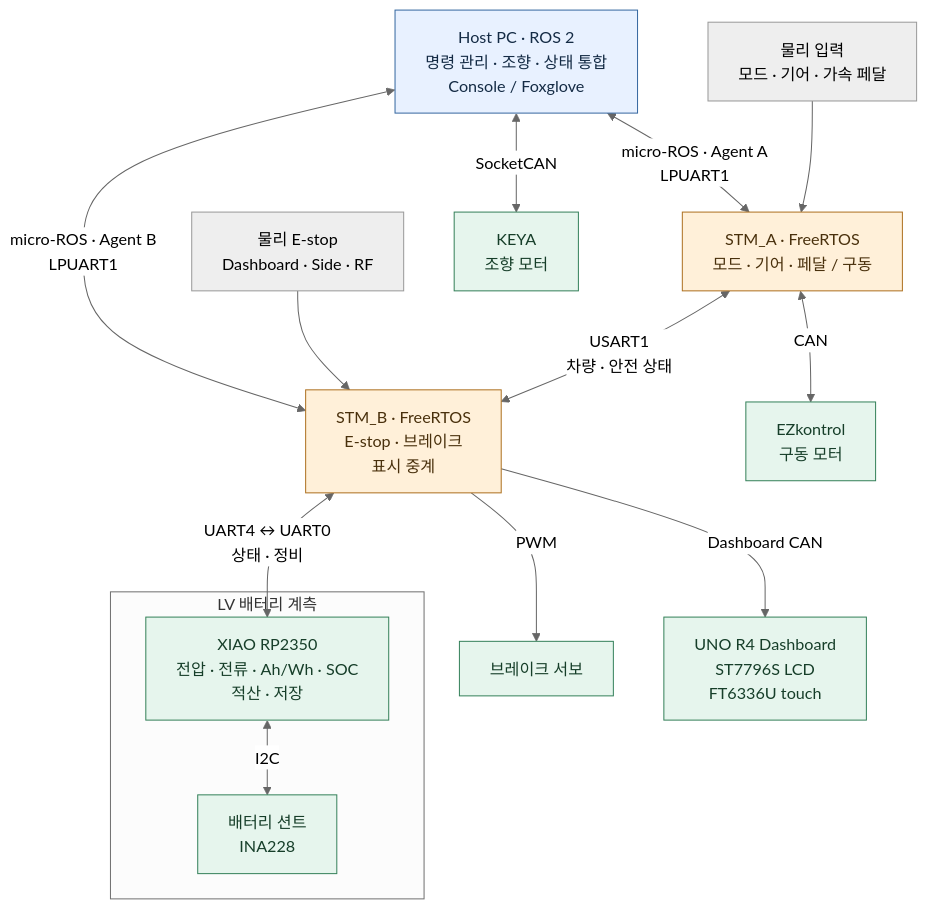
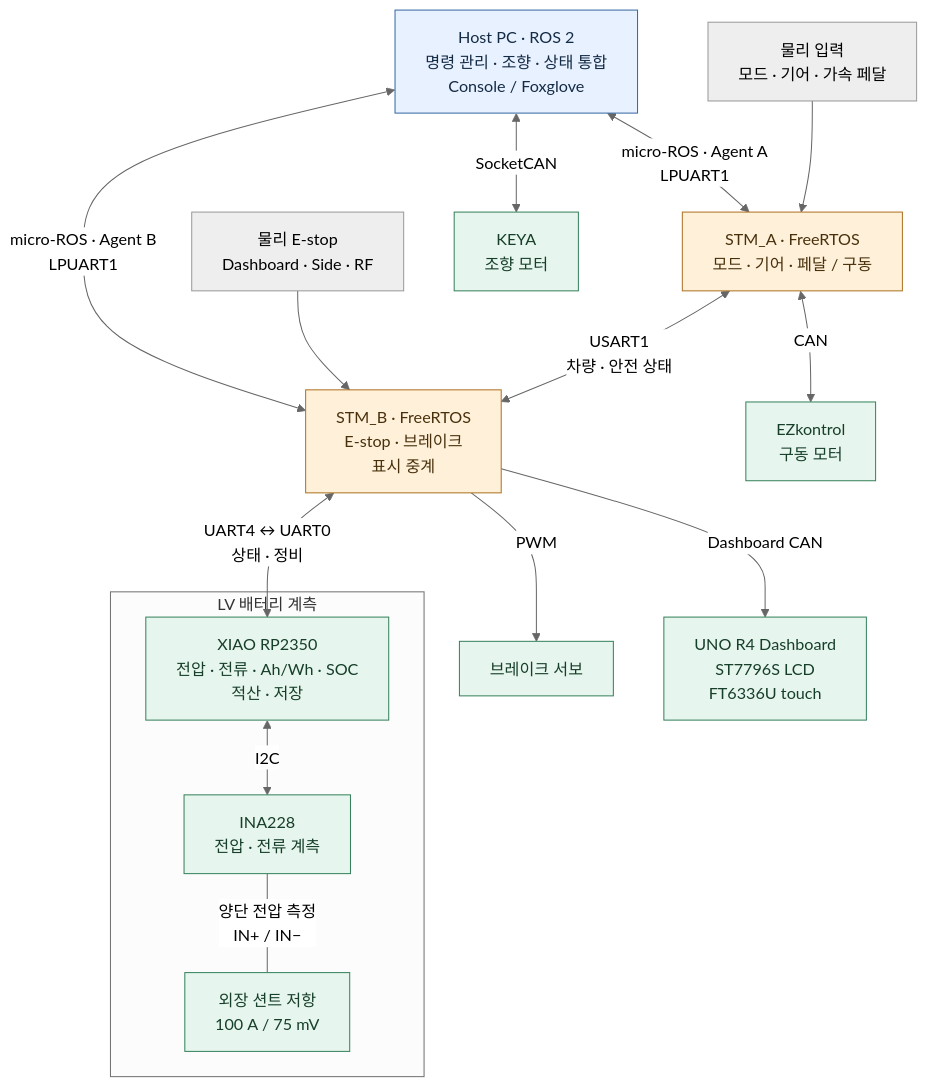
One commit to shinjuyeop/Control changed the diagram in README.md. Above: the diagram before and after it, drawn with Mermaid (neutral theme). The commit also changed other lines of this file and 1 other file, not shown here.

Commit message:
docs: distinguish shunt sensing from INA228 I2C link

````diff
--- a/README.md
+++ b/README.md
@@ -21,30 +21,31 @@
 ```mermaid
 flowchart TB
     Host["Host PC · ROS 2<br/>명령 관리 · 조향 · 상태 통합<br/>Console / Foxglove"]
 
     A["STM_A · FreeRTOS<br/>모드 · 기어 · 페달 / 구동"]
     B["STM_B · FreeRTOS<br/>E-stop · 브레이크<br/>표시 중계"]
     A <-->|"USART1<br/>차량 · 안전 상태"| B
 
     Inputs["물리 입력<br/>모드 · 기어 · 가속 페달"] --> A
     EStop["물리 E-stop<br/>Dashboard · Side · RF"] --> B
     Host <-->|"micro-ROS · Agent A<br/>LPUART1"| A
     Host <-->|"micro-ROS · Agent B<br/>LPUART1"| B
 
     A <-->|"CAN"| EZ["EZkontrol<br/>구동 모터"]
     B -->|"PWM"| Brake["브레이크 서보"]
     Host <-->|"SocketCAN"| KEYA["KEYA<br/>조향 모터"]
 
     subgraph Meter["LV 배터리 계측"]
-        RP["XIAO RP2350<br/>전압 · 전류 · Ah/Wh · SOC<br/>적산 · 저장"] <-->|"I2C"| INA["배터리 션트<br/>INA228"]
+        RP["XIAO RP2350<br/>전압 · 전류 · Ah/Wh · SOC<br/>적산 · 저장"] <-->|"I2C"| INA["INA228<br/>전압 · 전류 계측"]
+        INA ---|"양단 전압 측정<br/>IN+ / IN−"| Shunt["외장 션트 저항<br/>100 A / 75 mV"]
     end
     B <-->|"UART4 ↔ UART0<br/>상태 · 정비"| RP
     B -->|"Dashboard CAN"| UNO["UNO R4 Dashboard<br/>ST7796S LCD<br/>FT6336U touch"]
 
     classDef host fill:#e8f1ff,stroke:#3567a0,color:#142b45
     classDef controller fill:#fff0d9,stroke:#ad7020,color:#49300c
     classDef peripheral fill:#e6f5ed,stroke:#35815a,color:#163e29
     class Host host
     class A,B controller
-    class INA,RP,UNO,EZ,Brake,KEYA peripheral
+    class Shunt,INA,RP,UNO,EZ,Brake,KEYA peripheral
 ```
````
